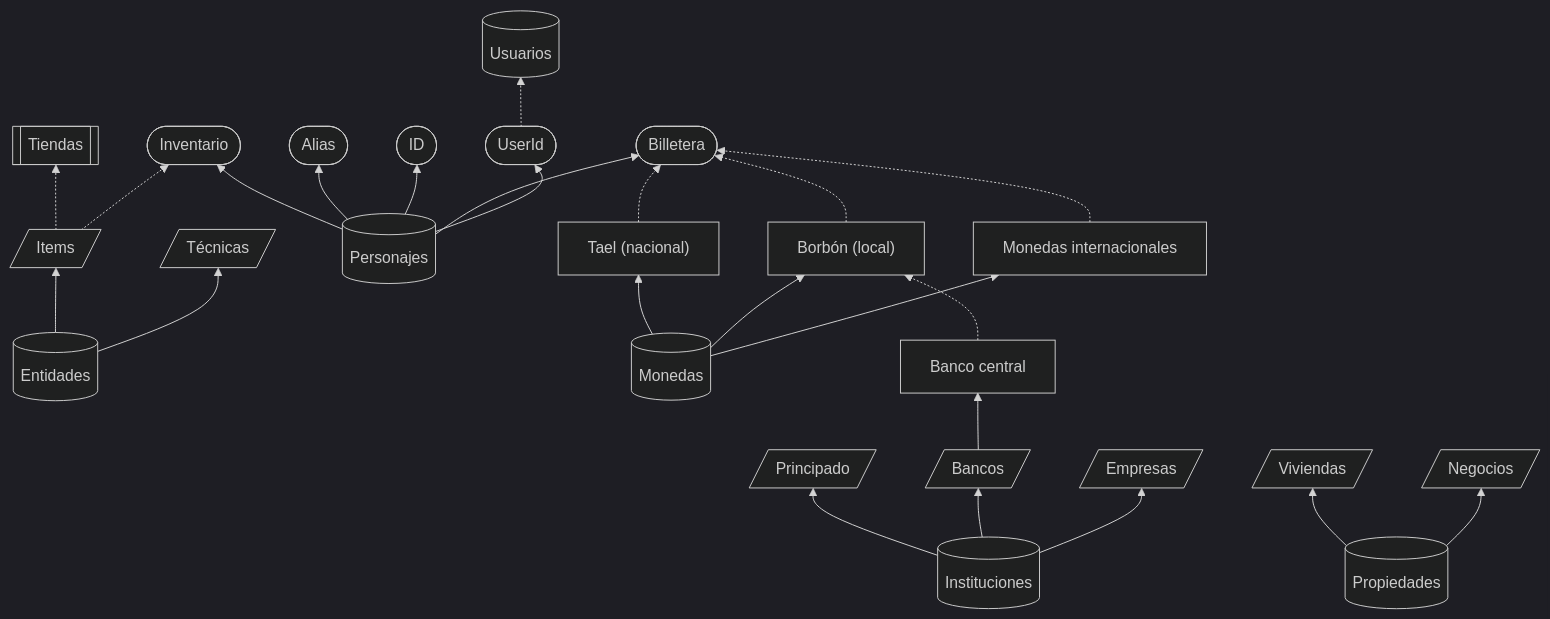
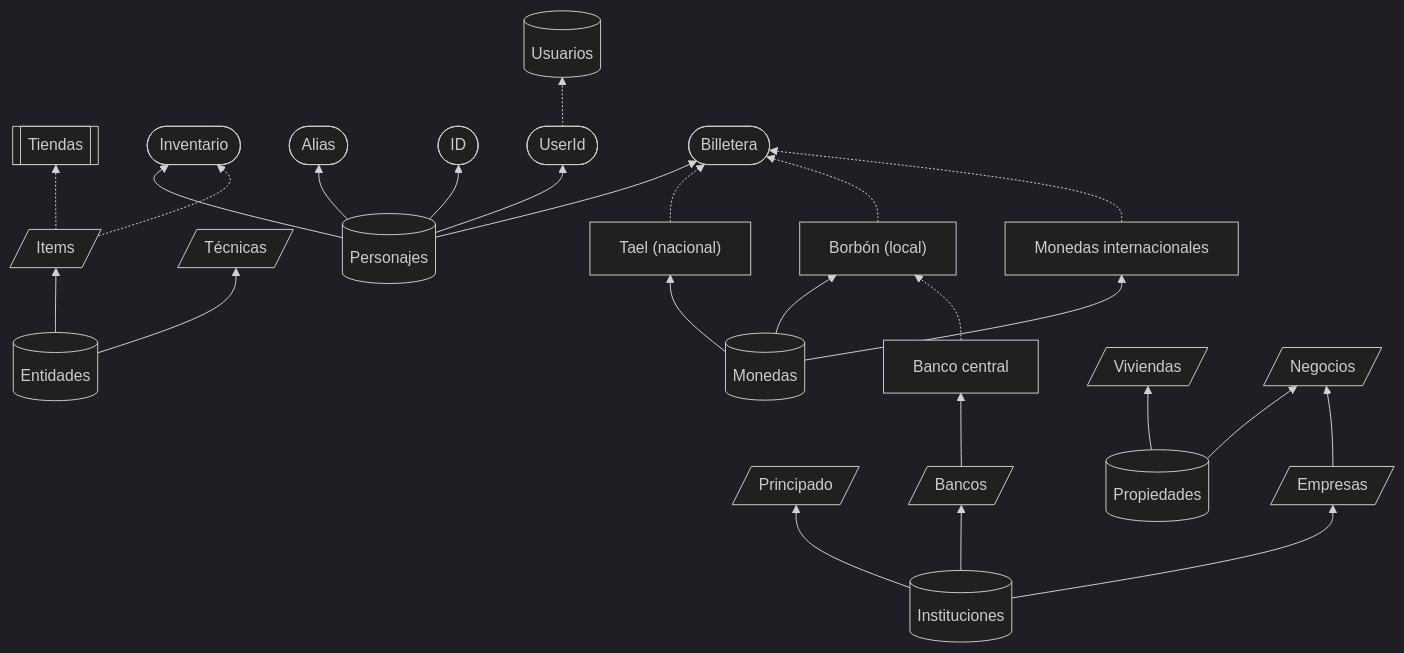
One commit to Redpower2/quartz changed the diagram in content/Off-rol/Economy/Jerarquia.md. Above: the diagram before and after it, drawn with Mermaid (dark theme). The commit also changed 2 other files, not shown here.

Commit message:
Update: dom. 10/05/2026 13:10:07,30

````diff
--- a/content/Off-rol/Economy/Jerarquia.md
+++ b/content/Off-rol/Economy/Jerarquia.md
@@ -1,61 +1,62 @@
 ```mermaid
 flowchart BT
 
 Ent[("Entidades")]
 	It[/ "Items" /]
 		Tien[["Tiendas"]]
 	Tec[/ "Técnicas" /]
 	
 PJ[("Personajes")]
 	Inv(["Inventario"])
 	Alias(["Alias"])
 	ID(["ID"])
+	UId(["UserId"])
 	Bil(["Billetera"])
-	UId(["UserId"])
 
 Users[("Usuarios")]
 
 Mon[("Monedas")]
 	Tael["Tael (nacional)"]
 	Bor["Borbón (local)"]
 	Mint["Monedas internacionales"]
 
 Inst[("Instituciones")]
 	Prin[/ "Principado" /]
 	Ban[/ "Bancos" /]
 		BanCe["Banco central"]
 	Emp[/ "Empresas" /]
 
 Prop[("Propiedades")]
 	Viv[/ "Viviendas" /]
 	Neg[/ "Negocios" /]
 
 
 Ent --> It
 	It -.-> Tien
 Ent --> Tec
 
 PJ --> Inv
 	It -.-> Inv
 PJ --> Alias
 PJ --> ID
 PJ --> Bil
 PJ --> UId
 	UId -.-> Users
 
 Mon --> Tael
 	Tael -.-> Bil
 Mon --> Bor
 	Bor -.-> Bil
 Mon --> Mint
 	Mint -.-> Bil
 
 Inst --> Prin
 Inst --> Ban
 	Ban --> BanCe
 		BanCe -.-> Bor
 Inst --> Emp
 
 Prop --> Viv
 Prop --> Neg
+	Emp --> Neg
 ```
````
